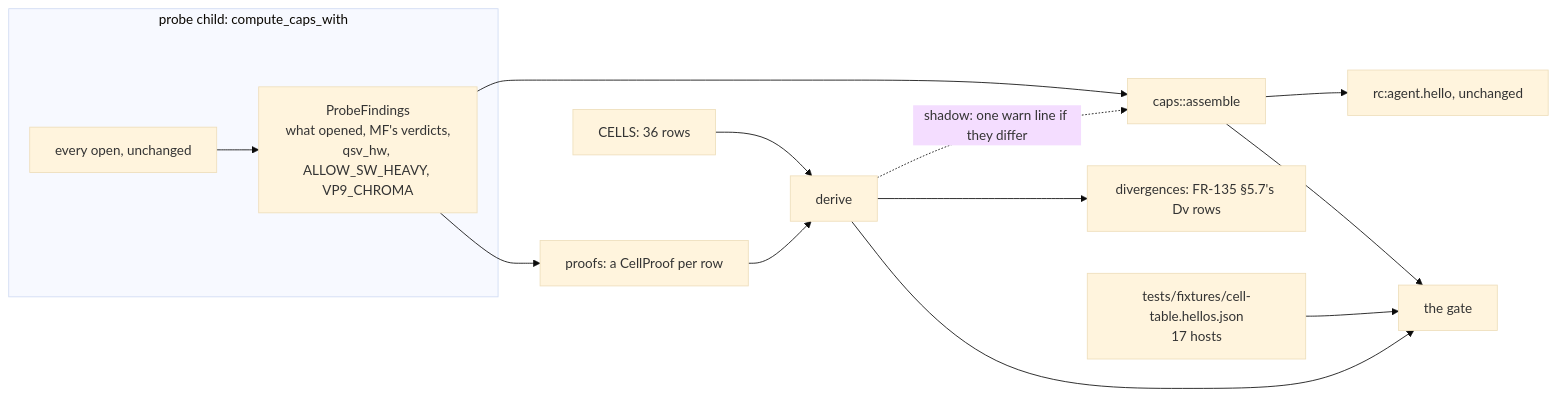
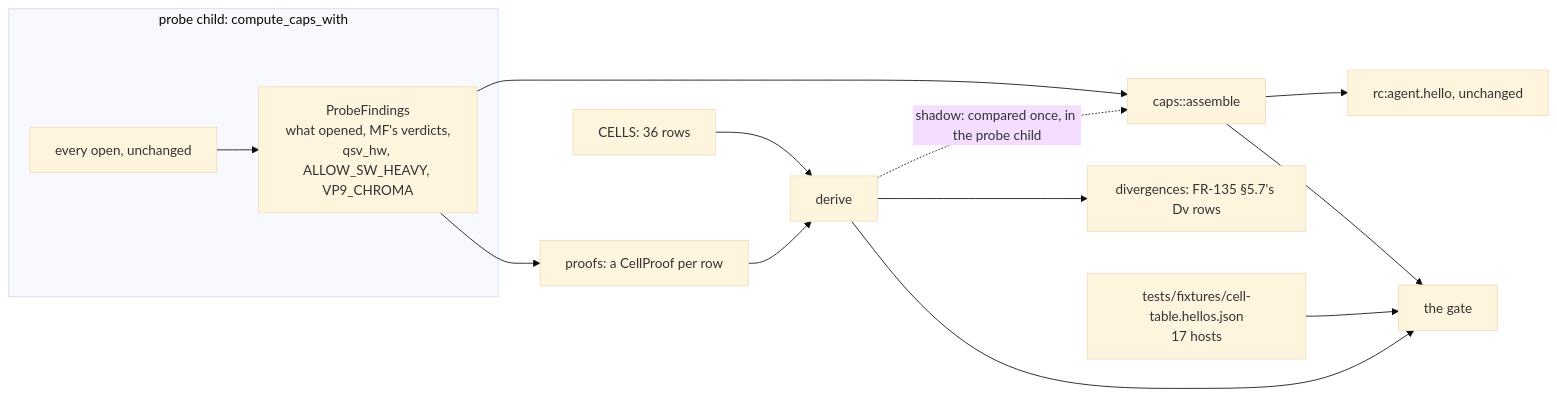
Before and after one commit to gjovanov/roomler-ai: the second of 19 diagrams in docs/encoders.md, drawn with Mermaid (base theme). The commit also changed other lines of this file and 3 other files, not shown here.

First line of the commit message:
docs(fr-135): R9's review: the gate is the evidence, the shadow's line reaches no uploaded log

````diff
--- a/docs/encoders.md
+++ b/docs/encoders.md
@@ -179,16 +185,16 @@
 ```mermaid
 flowchart LR
     subgraph child["probe child: compute_caps_with"]
         OP["every open, unchanged"] --> PF["ProbeFindings<br/>what opened, MF's verdicts,<br/>qsv_hw, ALLOW_SW_HEAVY, VP9_CHROMA"]
     end
     PF --> AS["caps::assemble"]
     AS --> HELLO["rc:agent.hello, unchanged"]
     PF --> PR["proofs: a CellProof per row"]
     CELLS["CELLS: 36 rows"] --> DV["derive"]
     PR --> DV
-    DV -. "shadow: one warn line if they differ" .-> AS
+    DV -. "shadow: compared once, in the probe child" .-> AS
     DV --> DIV["divergences: FR-135 §5.7's Dv rows"]
     FIX["tests/fixtures/cell-table.hellos.json<br/>17 hosts"] --> GATE["the gate"]
     AS --> GATE
     DV --> GATE
 ```
````
